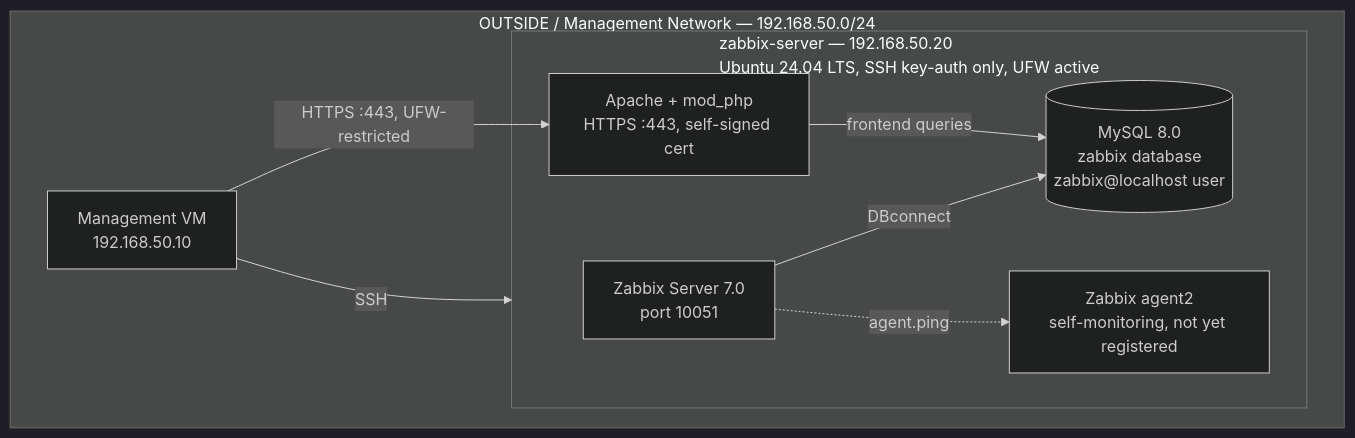
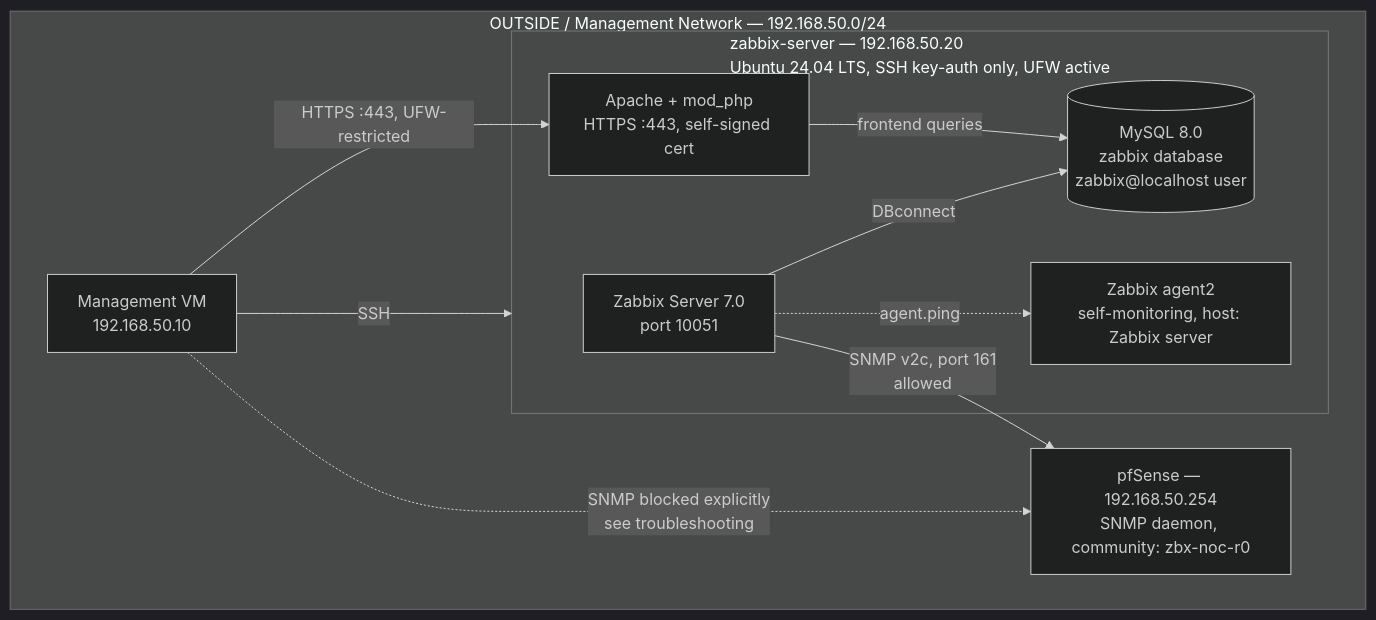
One commit to paknaoo/zabbix-noc-lab changed the diagram in docs/architecture.md. Above: the diagram before and after it, drawn with Mermaid (dark theme). The commit also changed other lines of this file and 4 other files, not shown here.

Commit message:
Document Phase 04: pfSense SNMP monitoring and firewall rule leak fix

````diff
--- a/docs/architecture.md
+++ b/docs/architecture.md
@@ -22,19 +22,22 @@
 ```mermaid
 flowchart TD
 
     subgraph OUTSIDE["OUTSIDE / Management Network — 192.168.50.0/24"]
         MGMT[Management VM<br/>192.168.50.10]
         subgraph ZBXHOST["zabbix-server — 192.168.50.20<br/>Ubuntu 24.04 LTS, SSH key-auth only, UFW active"]
             ZBXSRV[Zabbix Server 7.0<br/>port 10051]
-            AGENT[Zabbix agent2<br/>self-monitoring, not yet registered]
+            AGENT[Zabbix agent2<br/>self-monitoring, host: Zabbix server]
             APACHE["Apache + mod_php<br/>HTTPS :443, self-signed cert"]
             MYSQL[("MySQL 8.0<br/>zabbix database<br/>zabbix@localhost user")]
             APACHE -->|frontend queries| MYSQL
             ZBXSRV -->|DBconnect| MYSQL
             ZBXSRV -.->|agent.ping| AGENT
         end
+        PFSENSE["pfSense — 192.168.50.254<br/>SNMP daemon, community: zbx-noc-r0"]
+        ZBXSRV -->|SNMP v2c, port 161<br/>allowed| PFSENSE
+        MGMT -.->|SNMP blocked explicitly<br/>see troubleshooting| PFSENSE
     end
 
     MGMT -->|HTTPS :443, UFW-restricted| APACHE
     MGMT -->|SSH| ZBXHOST
 ```
````
